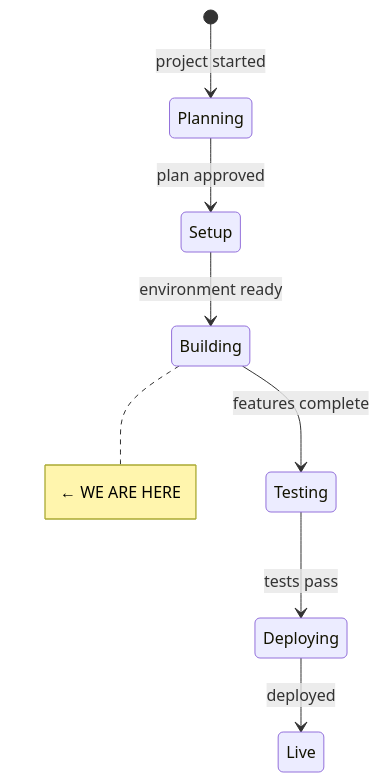
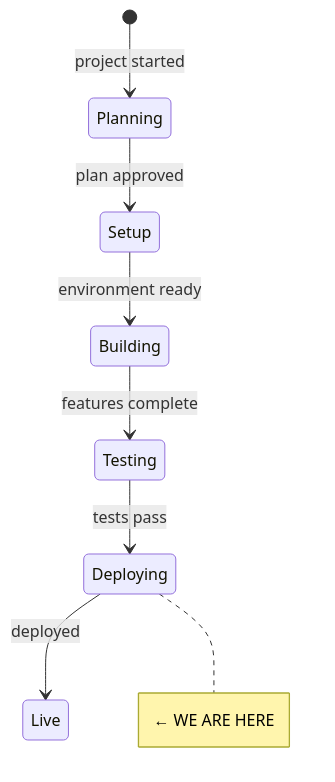
The first of 2 diagrams in STATE.md (tomcwxyz/glade), drawn with Mermaid before and after one commit. The commit also changed other lines of this file and 14 other files, not shown here.

````diff
--- a/STATE.md
+++ b/STATE.md
@@ -7,11 +7,11 @@
 ```mermaid
 stateDiagram-v2
     [*] --> Planning: project started
     Planning --> Setup: plan approved
     Setup --> Building: environment ready
     Building --> Testing: features complete
     Testing --> Deploying: tests pass
     Deploying --> Live: deployed
 
-    note right of Building: ← WE ARE HERE
+    note right of Deploying: ← WE ARE HERE
 ```
````
